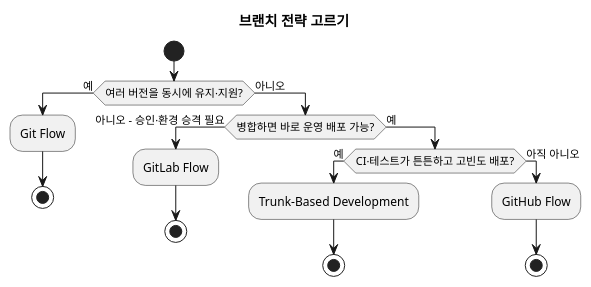
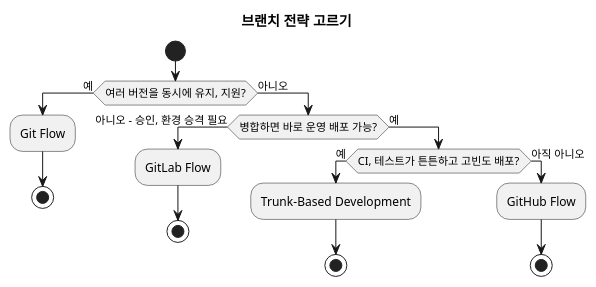
Before and after one commit to johnycho/johny-dev: the fifth of 5 diagrams in blog/2026-09-23-git-branch-strategies.mdx, drawn with PlantUML. The commit also changed other lines of this file and 188 other files, not shown here.

````diff
--- a/blog/2026-09-23-git-branch-strategies.mdx
+++ b/blog/2026-09-23-git-branch-strategies.mdx
@@ -172,23 +172,23 @@
 ```plantuml
 @startuml
 title 브랜치 전략 고르기
 start
-if (여러 버전을 동시에 유지·지원?) then (예)
+if (여러 버전을 동시에 유지, 지원?) then (예)
   :Git Flow;
   stop
 else (아니오)
-  if (병합하면 바로 운영 배포 가능?) then (아니오 - 승인·환경 승격 필요)
+  if (병합하면 바로 운영 배포 가능?) then (아니오 - 승인, 환경 승격 필요)
     :GitLab Flow;
     stop
   else (예)
-    if (CI·테스트가 튼튼하고 고빈도 배포?) then (예)
+    if (CI, 테스트가 튼튼하고 고빈도 배포?) then (예)
       :Trunk-Based Development;
       stop
     else (아직 아니오)
       :GitHub Flow;
       stop
     endif
   endif
 endif
 @enduml
 ```
````
